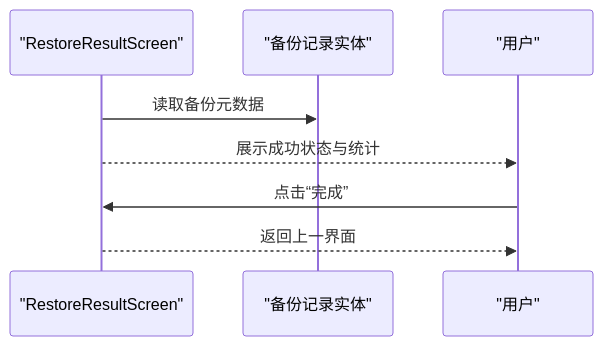
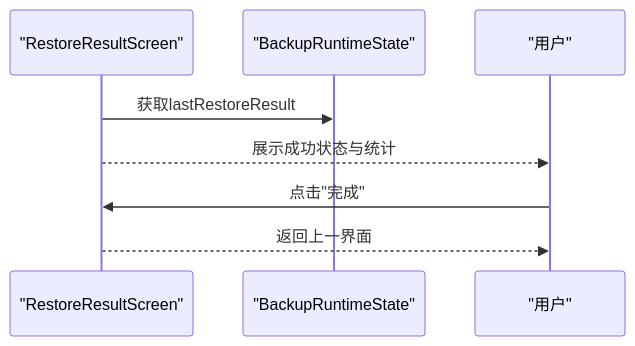
Before and after one commit to wanhongbo/ai-photo-vault: the eighth of 12 diagrams in .qoder/repowiki/zh/content/核心功能模块/备份恢复系统.md, drawn with Mermaid. The commit also changed other lines of this file and 22 other files, not shown here.

````diff
--- a/.qoder/repowiki/zh/content/核心功能模块/备份恢复系统.md
+++ b/.qoder/repowiki/zh/content/核心功能模块/备份恢复系统.md
@@ -217,10 +417,10 @@
 ```mermaid
 sequenceDiagram
 participant S as "RestoreResultScreen"
-participant D as "备份记录实体"
+participant D as "BackupRuntimeState"
 participant U as "用户"
-S->>D : 读取备份元数据
+S->>D : 获取lastRestoreResult
 S-->>U : 展示成功状态与统计
-U->>S : 点击“完成”
+U->>S : 点击"完成"
 S-->>U : 返回上一界面
 ```
````
